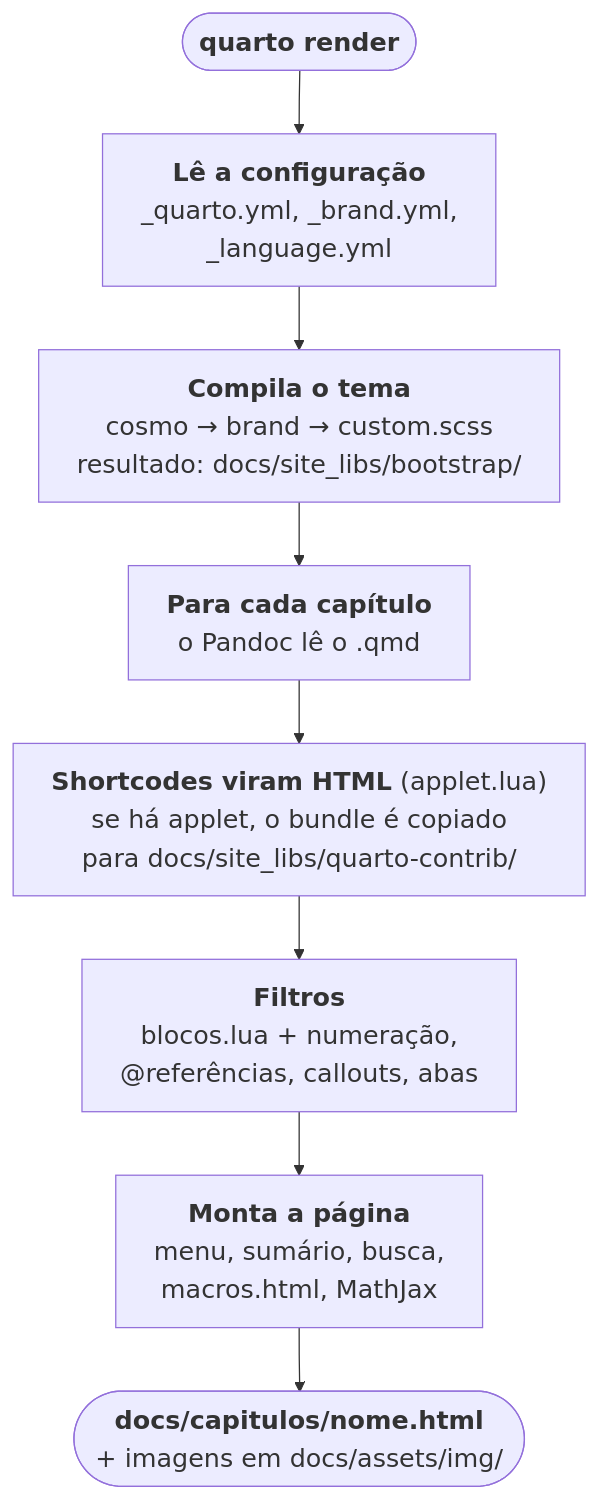
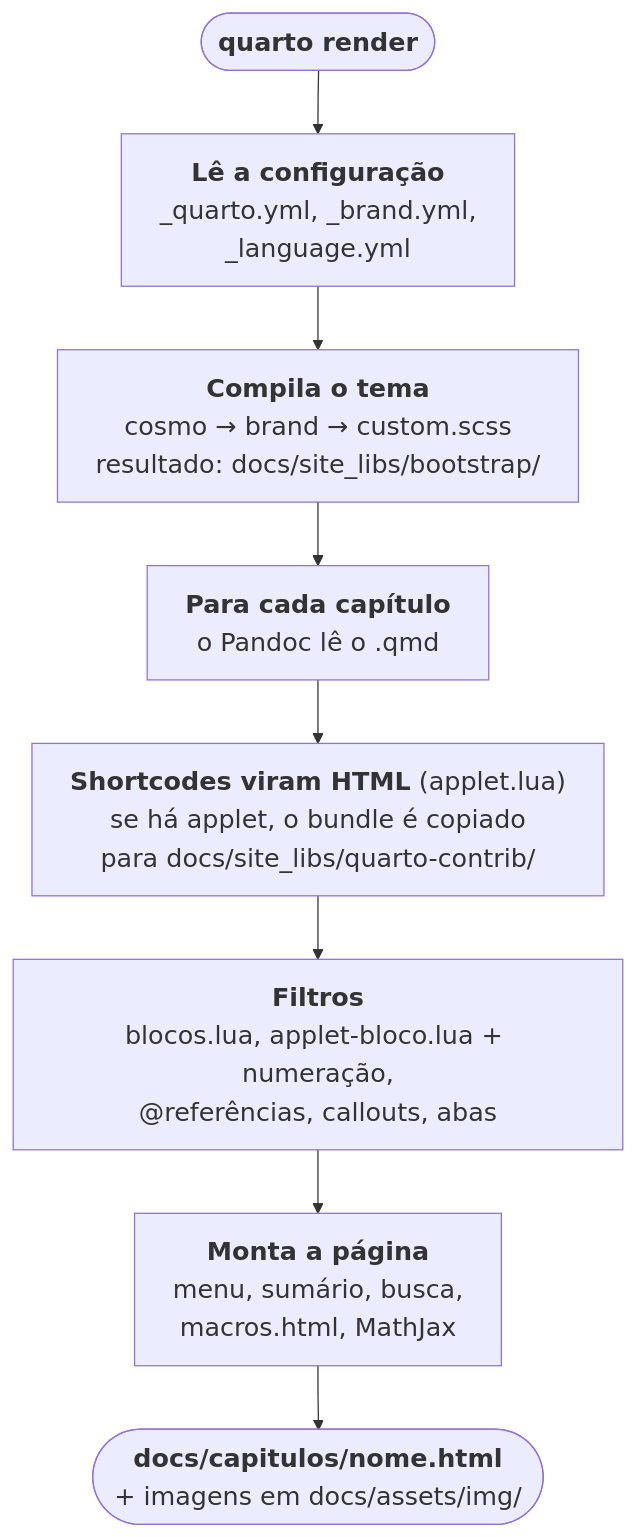
Before and after one commit to lcmerlo/livro-online-fcg: the sixth of 9 diagrams in _interno/diretrizes/arquitetura.md, drawn with Mermaid. The commit also changed other lines of this file and 17 other files, not shown here.

````diff
--- a/_interno/diretrizes/arquitetura.md
+++ b/_interno/diretrizes/arquitetura.md
@@ -324,14 +333,14 @@
 ```mermaid
 %%{init: {"themeVariables": {"fontSize": "20px"}, "flowchart": {"wrappingWidth": 420}}}%%
 flowchart TD
     start(["<b>quarto render</b>"])
     cfg["<b>Lê a configuração</b><br/>_quarto.yml, _brand.yml,<br/>_language.yml"]
     theme["<b>Compila o tema</b><br/>cosmo → brand → custom.scss<br/>resultado: docs/site_libs/bootstrap/"]
     parse["<b>Para cada capítulo</b><br/>o Pandoc lê o .qmd"]
     sc["<b>Shortcodes viram HTML</b> (applet.lua)<br/>se há applet, o bundle é copiado<br/>para docs/site_libs/quarto-contrib/"]
-    flt["<b>Filtros</b><br/>blocos.lua + numeração,<br/>@referências, callouts, abas"]
+    flt["<b>Filtros</b><br/>blocos.lua, applet-bloco.lua + numeração,<br/>@referências, callouts, abas"]
     html["<b>Monta a página</b><br/>menu, sumário, busca,<br/>macros.html, MathJax"]
     out(["<b>docs/capitulos/nome.html</b><br/>+ imagens em docs/assets/img/"])
 
     start --> cfg --> theme --> parse --> sc --> flt --> html --> out
 ```
````
